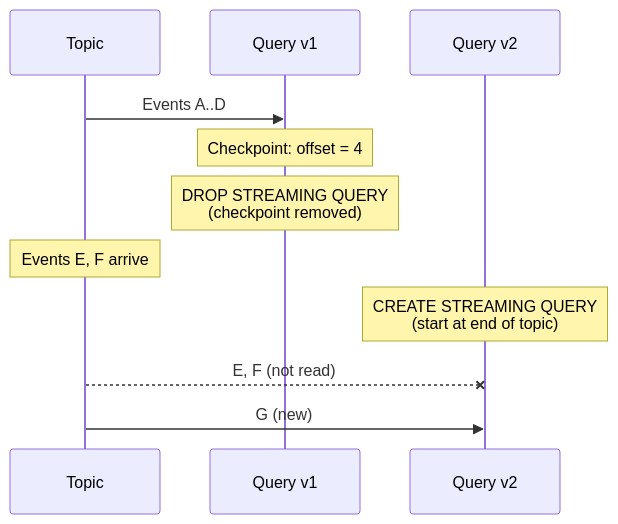
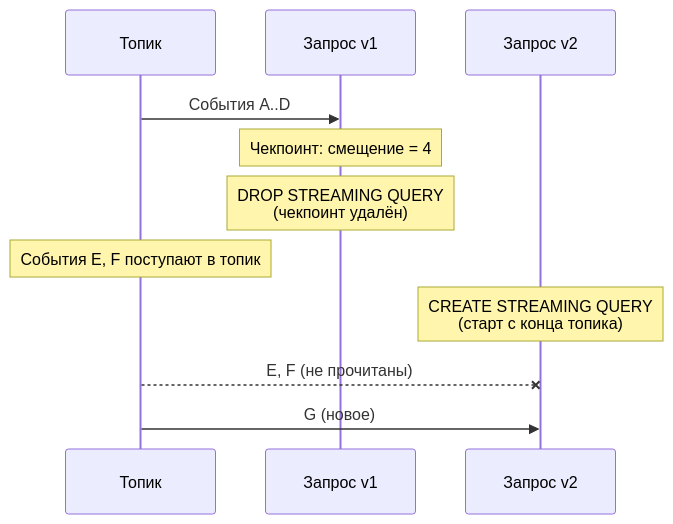
The second of 2 diagrams in ydb/docs/en/core/dev/streaming-query/checkpoints.md (ydb-platform/ydb), drawn with Mermaid before and after one commit. The commit also changed other lines of this file and 28 other files, not shown here.

````diff
--- a/ydb/docs/en/core/dev/streaming-query/checkpoints.md
+++ b/ydb/docs/en/core/dev/streaming-query/checkpoints.md
@@ -47,14 +50,14 @@
 ```mermaid
 sequenceDiagram
-    participant Topic
-    participant Query v1
-    participant Query v2
+    participant Топик
+    participant Запрос v1
+    participant Запрос v2
 
-    Topic->>Query v1: Events A..D
-    Note over Query v1: Checkpoint: offset = 4
-    Note over Query v1: DROP STREAMING QUERY<br/>(checkpoint removed)
-    Note over Topic: Events E, F arrive
-    Note over Query v2: CREATE STREAMING QUERY<br/>(start at end of topic)
-    Topic--xQuery v2: E, F (not read)
-    Topic->>Query v2: G (new)
+    Топик->>Запрос v1: События A..D
+    Note over Запрос v1: Чекпоинт: смещение = 4
+    Note over Запрос v1: DROP STREAMING QUERY<br/>(чекпоинт удалён)
+    Note over Топик: События E, F поступают в топик
+    Note over Запрос v2: CREATE STREAMING QUERY<br/>(старт с конца топика)
+    Топик--xЗапрос v2: E, F (не прочитаны)
+    Топик->>Запрос v2: G (новое)
 ```
````
